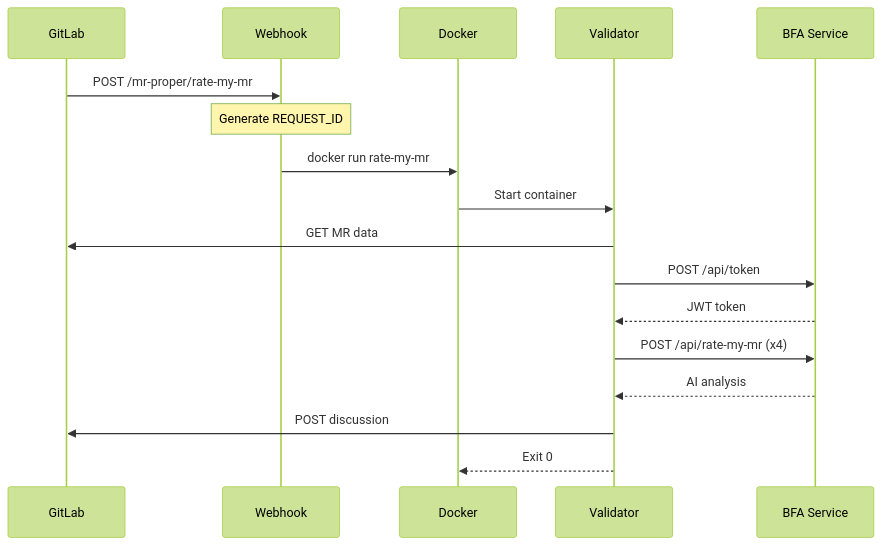
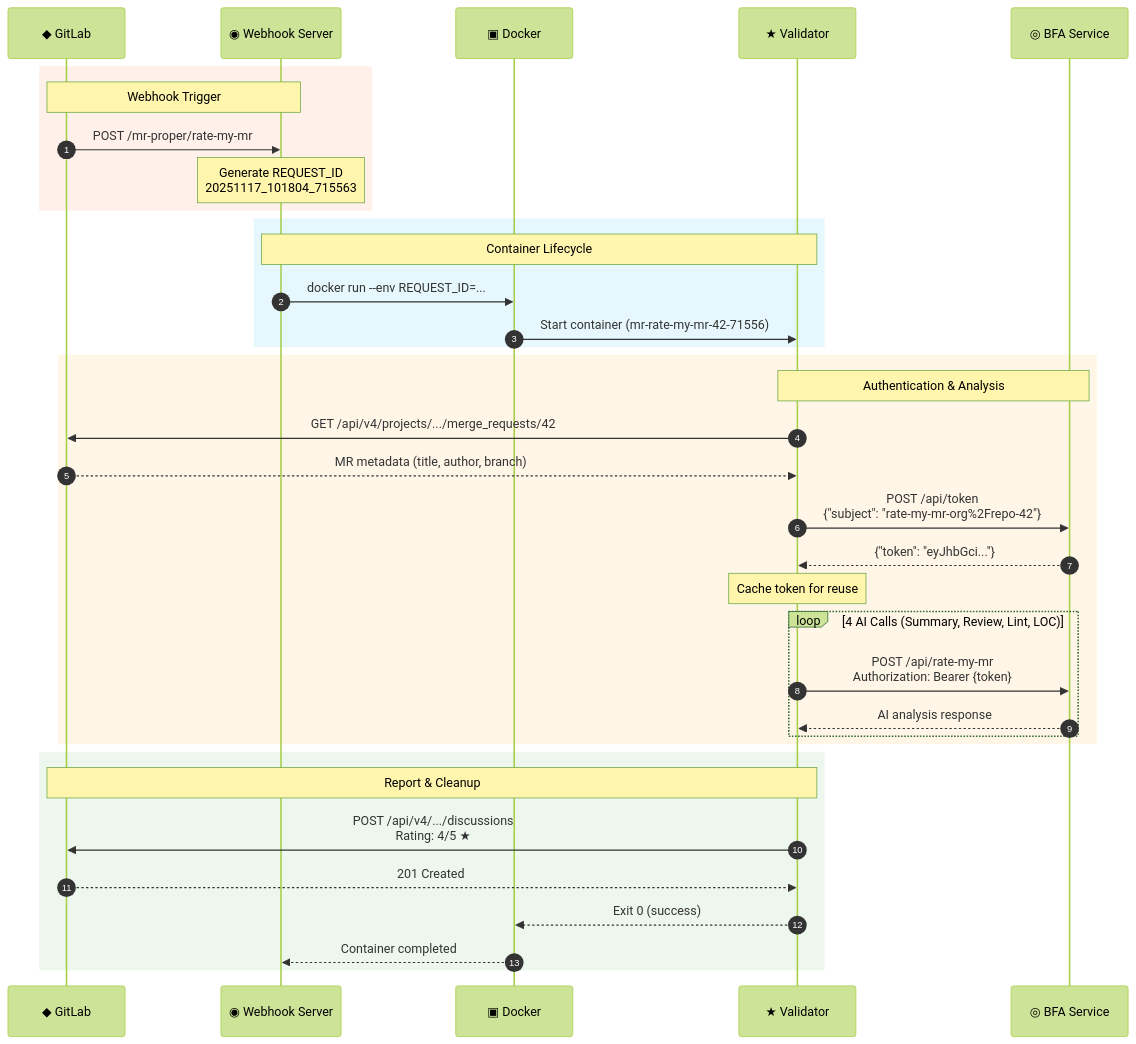
Before and after one commit to vigneshpalanivelr/commit-validator: the second of 6 diagrams in ARCHITECTURE.md, drawn with Mermaid (forest theme). The commit also changed other lines of this file and 2 other files, not shown here.

````diff
--- a/ARCHITECTURE.md
+++ b/ARCHITECTURE.md
@@ -42,20 +69,43 @@
 ```mermaid
 sequenceDiagram
-    participant GL as GitLab
-    participant WH as Webhook
-    participant DC as Docker
-    participant VA as Validator
-    participant BFA as BFA Service
+    autonumber
+    participant GL as ◆ GitLab
+    participant WH as ◉ Webhook Server
+    participant DC as ▣ Docker
+    participant VA as ★ Validator
+    participant BFA as ◎ BFA Service
 
-    GL->>WH: POST /mr-proper/rate-my-mr
-    Note over WH: Generate REQUEST_ID
-    WH->>DC: docker run rate-my-mr
-    DC->>VA: Start container
-    VA->>GL: GET MR data
-    VA->>BFA: POST /api/token
-    BFA-->>VA: JWT token
-    VA->>BFA: POST /api/rate-my-mr (x4)
-    BFA-->>VA: AI analysis
-    VA->>GL: POST discussion
-    VA-->>DC: Exit 0
+    rect rgb(252, 109, 38, 0.1)
+        Note over GL,WH: Webhook Trigger
+        GL->>WH: POST /mr-proper/rate-my-mr
+        Note over WH: Generate REQUEST_ID<br/>20251117_101804_715563
+    end
+
+    rect rgb(13, 183, 237, 0.1)
+        Note over WH,VA: Container Lifecycle
+        WH->>DC: docker run --env REQUEST_ID=...
+        DC->>VA: Start container (mr-rate-my-mr-42-71556)
+    end
+
+    rect rgb(249, 168, 37, 0.1)
+        Note over VA,BFA: Authentication & Analysis
+        VA->>GL: GET /api/v4/projects/.../merge_requests/42
+        GL-->>VA: MR metadata (title, author, branch)
+        VA->>BFA: POST /api/token<br/>{"subject": "rate-my-mr-org%2Frepo-42"}
+        BFA-->>VA: {"token": "eyJhbGci..."}
+        Note over VA: Cache token for reuse
+
+        loop 4 AI Calls (Summary, Review, Lint, LOC)
+            VA->>BFA: POST /api/rate-my-mr<br/>Authorization: Bearer {token}
+            BFA-->>VA: AI analysis response
+        end
+    end
+
+    rect rgb(76, 175, 80, 0.1)
+        Note over VA,GL: Report & Cleanup
+        VA->>GL: POST /api/v4/.../discussions<br/>Rating: 4/5 ★
+        GL-->>VA: 201 Created
+        VA-->>DC: Exit 0 (success)
+        DC-->>WH: Container completed
+    end
 ```
````
